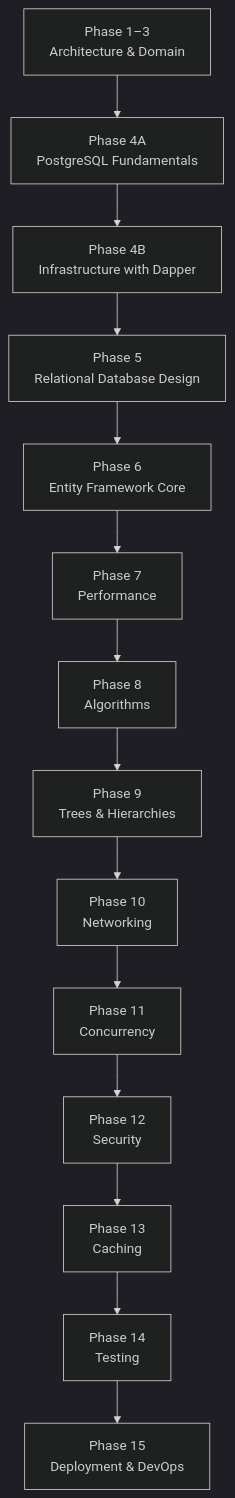
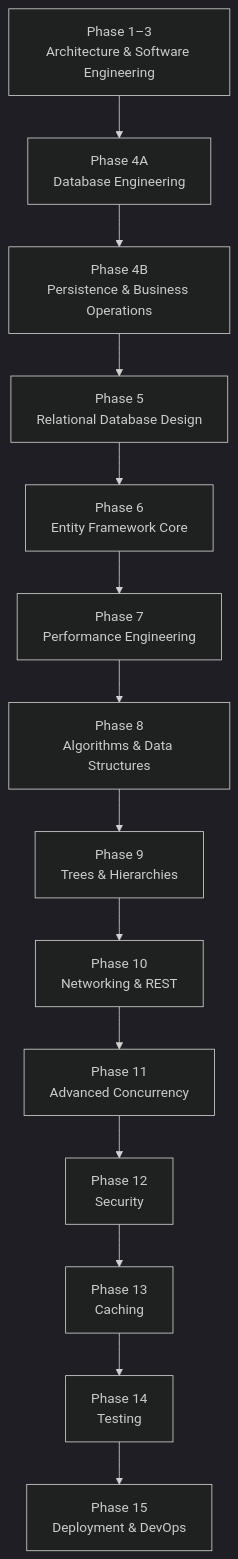
One commit to Jherson-Aguto/BankingSystem changed the diagram in docs/Path.md. Above: the diagram before and after it, drawn with Mermaid (dark theme). The commit also changed other lines of this file and 2 other files, not shown here.

````diff
--- a/docs/Path.md
+++ b/docs/Path.md
@@ -71,31 +89,31 @@
 ```mermaid
 graph TD
 
-A[Phase 1–3<br/>Architecture & Domain]
+A[Phase 1–3<br/>Architecture & Software Engineering]
 
---> B[Phase 4A<br/>PostgreSQL Fundamentals]
+--> B[Phase 4A<br/>Database Engineering]
 
---> C[Phase 4B<br/>Infrastructure with Dapper]
+--> C[Phase 4B<br/>Persistence & Business Operations]
 
 --> D[Phase 5<br/>Relational Database Design]
 
 --> E[Phase 6<br/>Entity Framework Core]
 
---> F[Phase 7<br/>Performance]
+--> F[Phase 7<br/>Performance Engineering]
 
---> G[Phase 8<br/>Algorithms]
+--> G[Phase 8<br/>Algorithms & Data Structures]
 
 --> H[Phase 9<br/>Trees & Hierarchies]
 
---> I[Phase 10<br/>Networking]
+--> I[Phase 10<br/>Networking & REST]
 
---> J[Phase 11<br/>Concurrency]
+--> J[Phase 11<br/>Advanced Concurrency]
 
 --> K[Phase 12<br/>Security]
 
 --> L[Phase 13<br/>Caching]
 
 --> M[Phase 14<br/>Testing]
 
 --> N[Phase 15<br/>Deployment & DevOps]
 ```
````
